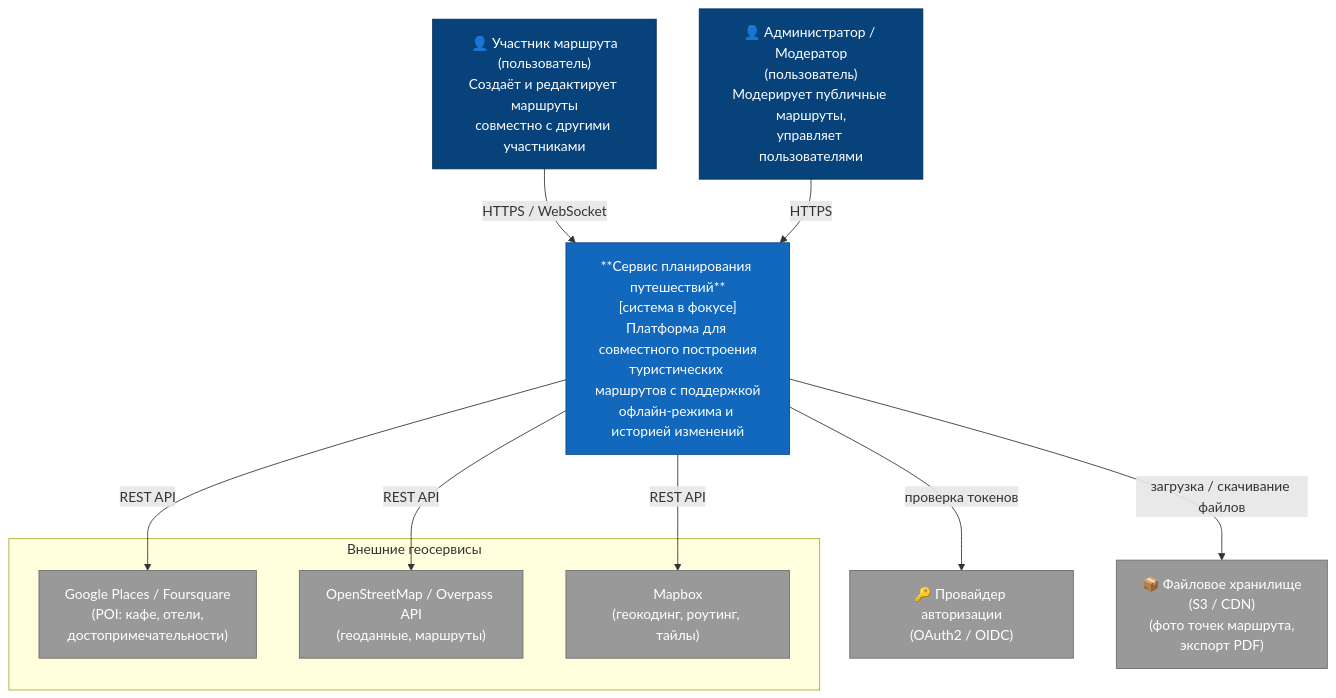
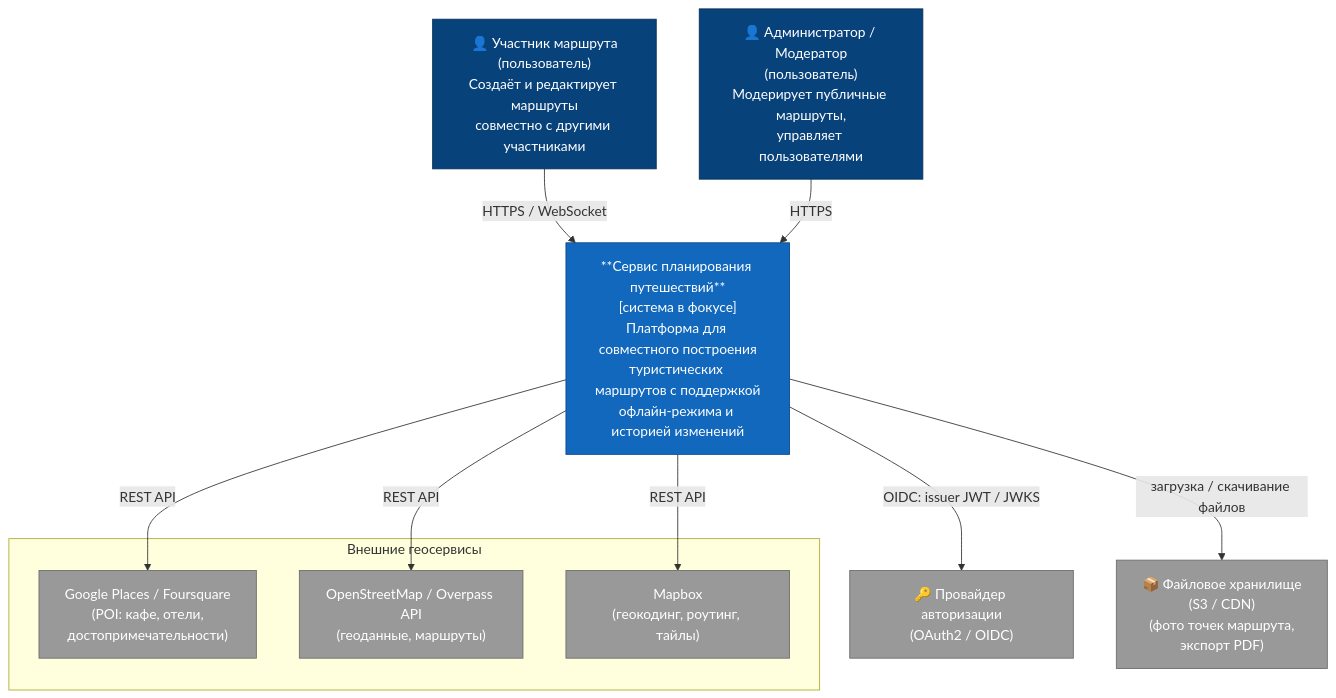
The diagram in docs/views/c4-context.md (SeGeGha/otus-architecture), drawn with Mermaid before and after one commit. The commit also changed other lines of this file and 2 other files, not shown here.

Commit message:
docs: describe c4-container

````diff
--- a/docs/views/c4-context.md
+++ b/docs/views/c4-context.md
@@ -7,32 +7,32 @@
 ```mermaid
 flowchart TB
     user["👤 Участник маршрута\n(пользователь)\nСоздаёт и редактирует маршруты\nсовместно с другими участниками"]
     admin["👤 Администратор / Модератор\n(пользователь)\nМодерирует публичные маршруты,\nуправляет пользователями"]
 
     system["**Сервис планирования путешествий**\n[система в фокусе]\nПлатформа для совместного построения\nтуристических маршрутов с поддержкой\nофлайн-режима и историей изменений"]
 
     subgraph geo["Внешние геосервисы"]
         poi["Google Places / Foursquare\n(POI: кафе, отели,\nдостопримечательности)"]
         osm["OpenStreetMap / Overpass API\n(геоданные, маршруты)"]
         mapbox["Mapbox\n(геокодинг, роутинг, тайлы)"]
     end
 
     idp["🔑 Провайдер авторизации\n(OAuth2 / OIDC)"]
     storage["📦 Файловое хранилище\n(S3 / CDN)\n(фото точек маршрута,\nэкспорт PDF)"]
 
     user -->|"HTTPS / WebSocket"| system
     admin -->|"HTTPS"| system
 
     system -->|"REST API"| poi
     system -->|"REST API"| osm
     system -->|"REST API"| mapbox
-    system -->|"проверка токенов"| idp
+    system -->|"OIDC: issuer JWT / JWKS"| idp
     system -->|"загрузка / скачивание файлов"| storage
 
     classDef focus fill:#1168bd,stroke:#0b4884,color:#ffffff;
     classDef person fill:#08427b,stroke:#052e56,color:#ffffff;
     classDef external fill:#999999,stroke:#6b6b6b,color:#ffffff;
     class system focus;
     class user,admin person;
     class poi,osm,mapbox,idp,storage external;
 ```
````
